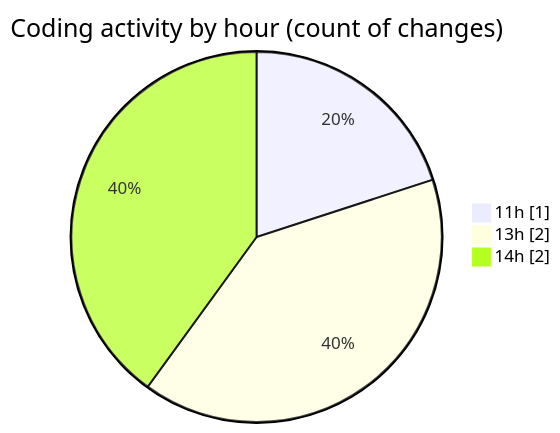
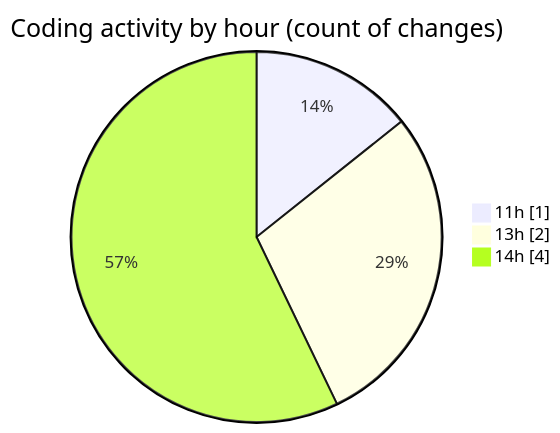
The second of 2 diagrams in 2025-08-31/abc/README.md (IJAZ3593/code-tracking), drawn with Mermaid before and after one commit. The commit also changed other lines of this file and 1 other file, not shown here.

````diff
--- a/2025-08-31/abc/README.md
+++ b/2025-08-31/abc/README.md
@@ -32,7 +32,7 @@
 ```mermaid
 pie showData
 title Coding activity by hour (count of changes)
 "11h" : 1
 "13h" : 2
-"14h" : 2
+"14h" : 4
 ```
````
